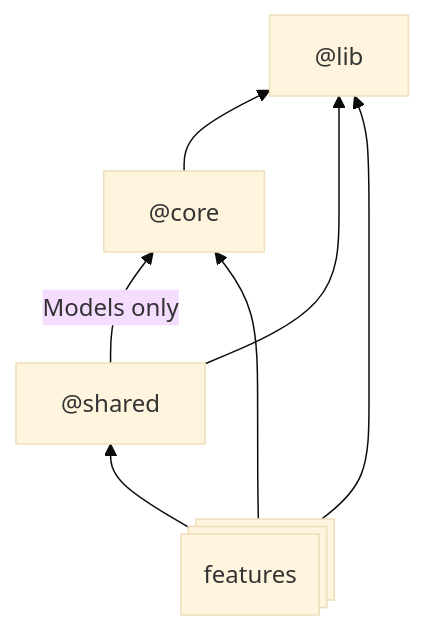
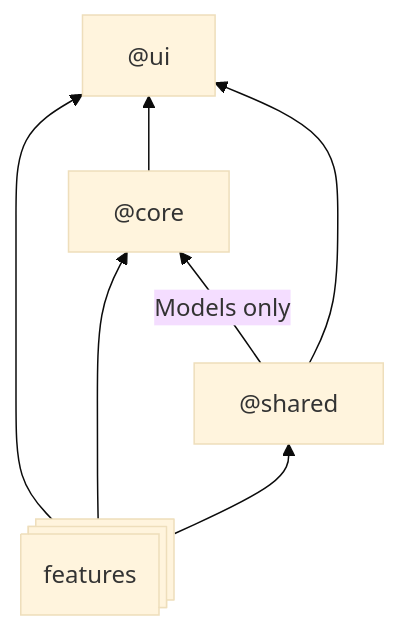
Before and after one commit to Nanges/ng-playground: the diagram in README.md, drawn with Mermaid (base theme).

Commit message:
update graph

````diff
--- a/README.md
+++ b/README.md
@@ -9,13 +9,13 @@
 ```mermaid
 flowchart BT
-    lib["@lib"]
+    ui["@ui"]
     core["@core"]
     shared["@shared"]
     feature@{ shape: procs, label: "features"}
-    core --> lib
-    shared --> lib
-    shared -- Models only --> core
-    feature --> lib
+    feature --> ui
     feature --> core
     feature --> shared
+    core --> ui
+    shared --> ui
+    shared -- Models only --> core
 ```
````
